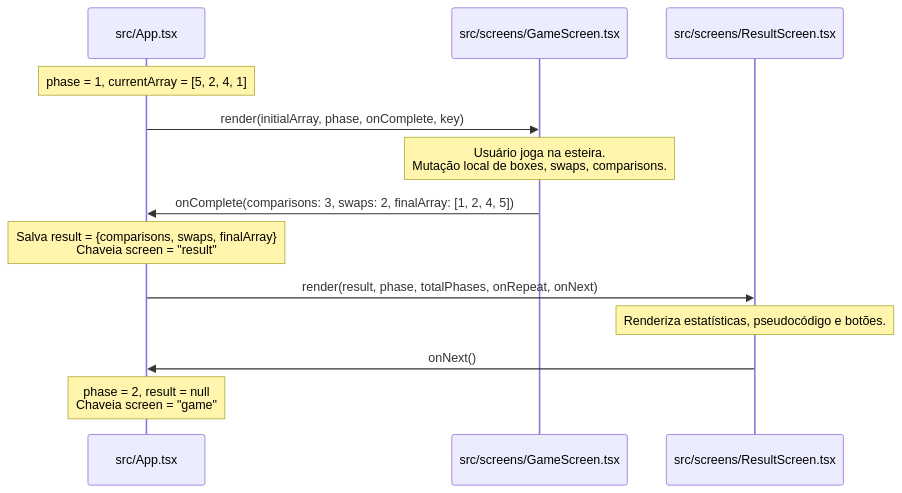
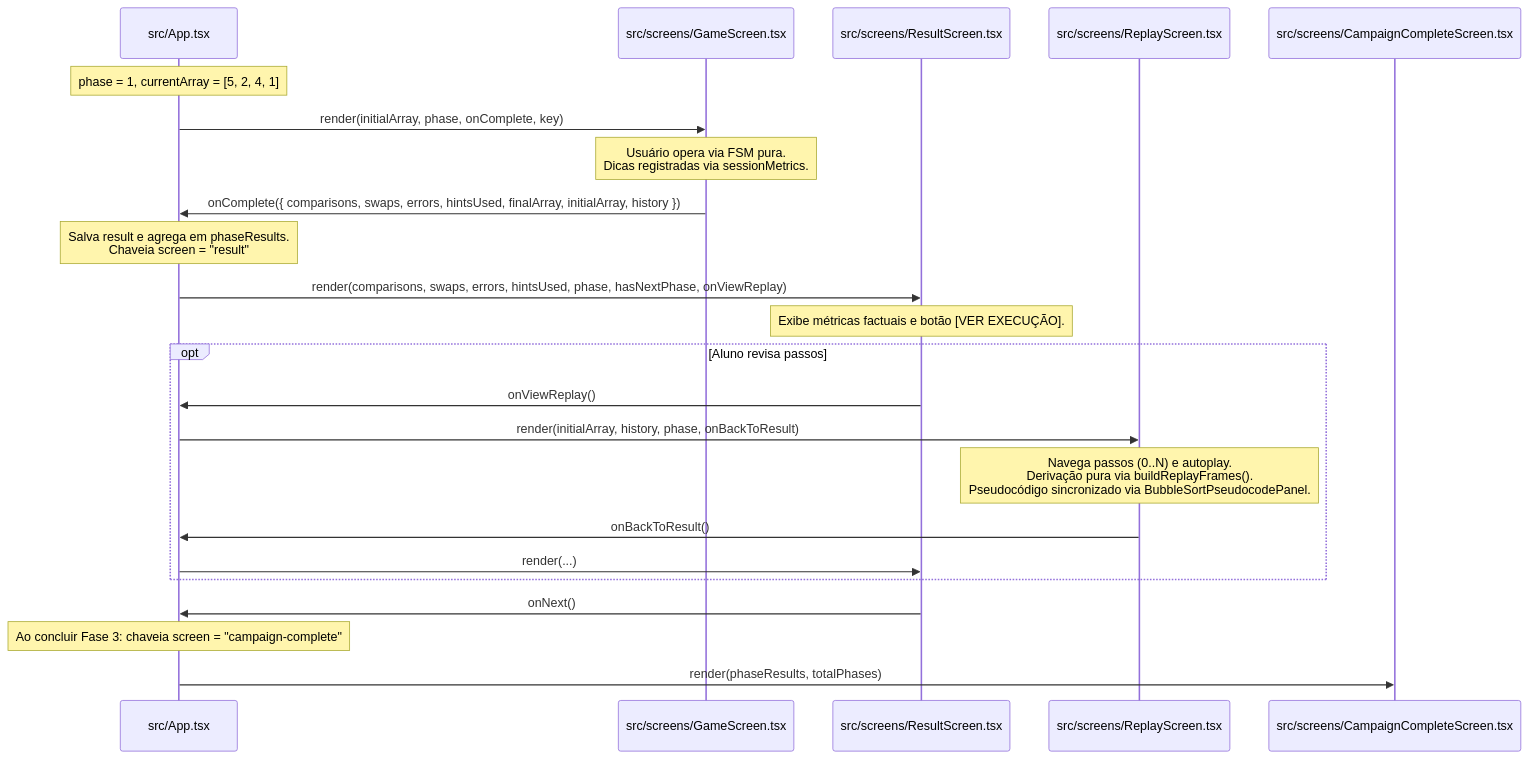
Before and after one commit to MarcosV22/Sorting-Station-Interface-Design: the second of 4 diagrams in docs/wiki/02-system-architecture.md, drawn with Mermaid. The commit also changed other lines of this file and 38 other files, not shown here.

````diff
--- a/docs/wiki/02-system-architecture.md
+++ b/docs/wiki/02-system-architecture.md
@@ -114,16 +126,26 @@
 ```mermaid
 sequenceDiagram
     participant App as src/App.tsx
     participant Game as src/screens/GameScreen.tsx
     participant Result as src/screens/ResultScreen.tsx
+    participant Replay as src/screens/ReplayScreen.tsx
+    participant Campaign as src/screens/CampaignCompleteScreen.tsx
 
     Note over App: phase = 1, currentArray = [5, 2, 4, 1]
     App->>Game: render(initialArray, phase, onComplete, key)
-    Note over Game: Usuário joga na esteira.<br/>Mutação local de boxes, swaps, comparisons.
-    Game->>App: onComplete(comparisons: 3, swaps: 2, finalArray: [1, 2, 4, 5])
-    Note over App: Salva result = {comparisons, swaps, finalArray}<br/>Chaveia screen = "result"
-    App->>Result: render(result, phase, totalPhases, onRepeat, onNext)
-    Note over Result: Renderiza estatísticas, pseudocódigo e botões.
+    Note over Game: Usuário opera via FSM pura.<br/>Dicas registradas via sessionMetrics.
+    Game->>App: onComplete({ comparisons, swaps, errors, hintsUsed, finalArray, initialArray, history })
+    Note over App: Salva result e agrega em phaseResults.<br/>Chaveia screen = "result"
+    App->>Result: render(comparisons, swaps, errors, hintsUsed, phase, hasNextPhase, onViewReplay)
+    Note over Result: Exibe métricas factuais e botão [VER EXECUÇÃO].
+    opt Aluno revisa passos
+        Result->>App: onViewReplay()
+        App->>Replay: render(initialArray, history, phase, onBackToResult)
+        Note over Replay: Navega passos (0..N) e autoplay.<br/>Derivação pura via buildReplayFrames().<br/>Pseudocódigo sincronizado via BubbleSortPseudocodePanel.
+        Replay->>App: onBackToResult()
+        App->>Result: render(...)
+    end
     Result->>App: onNext()
-    Note over App: phase = 2, result = null<br/>Chaveia screen = "game"
+    Note over App: Ao concluir Fase 3: chaveia screen = "campaign-complete"
+    App->>Campaign: render(phaseResults, totalPhases)
 ```
````
